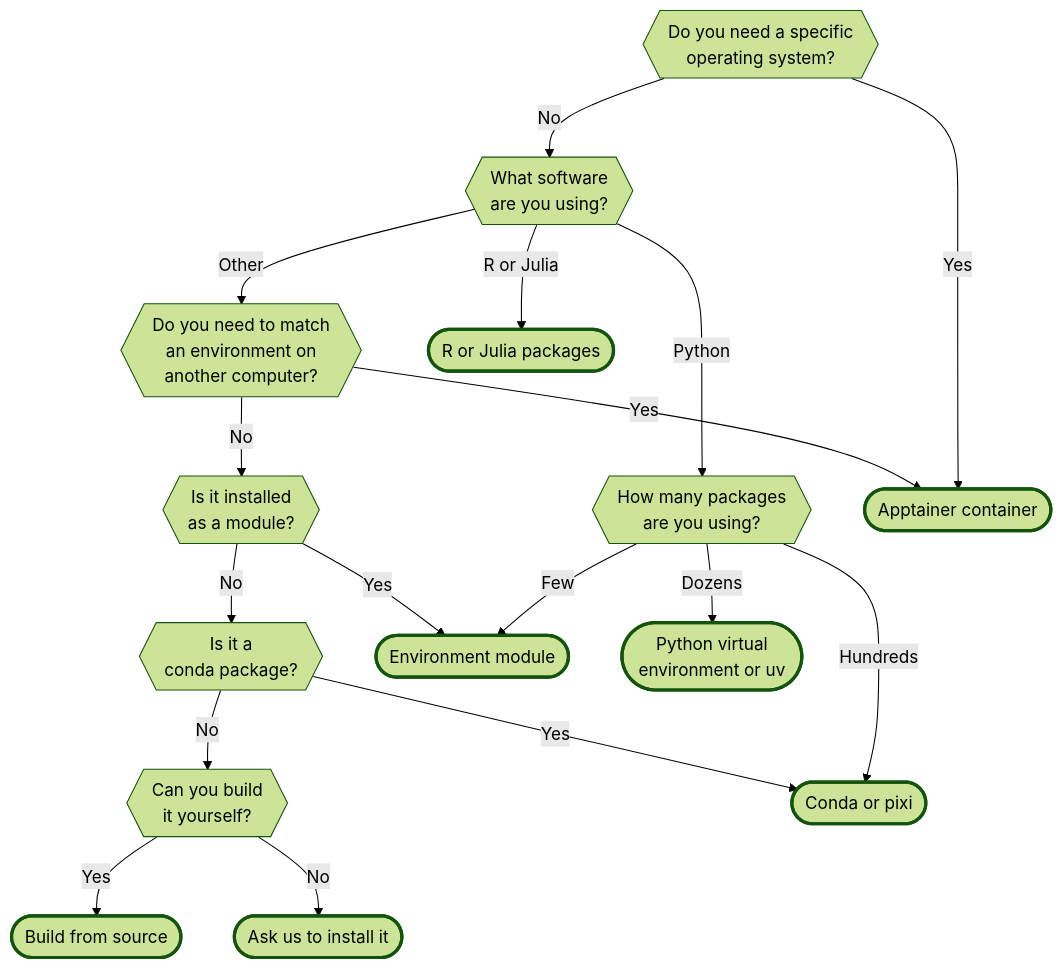
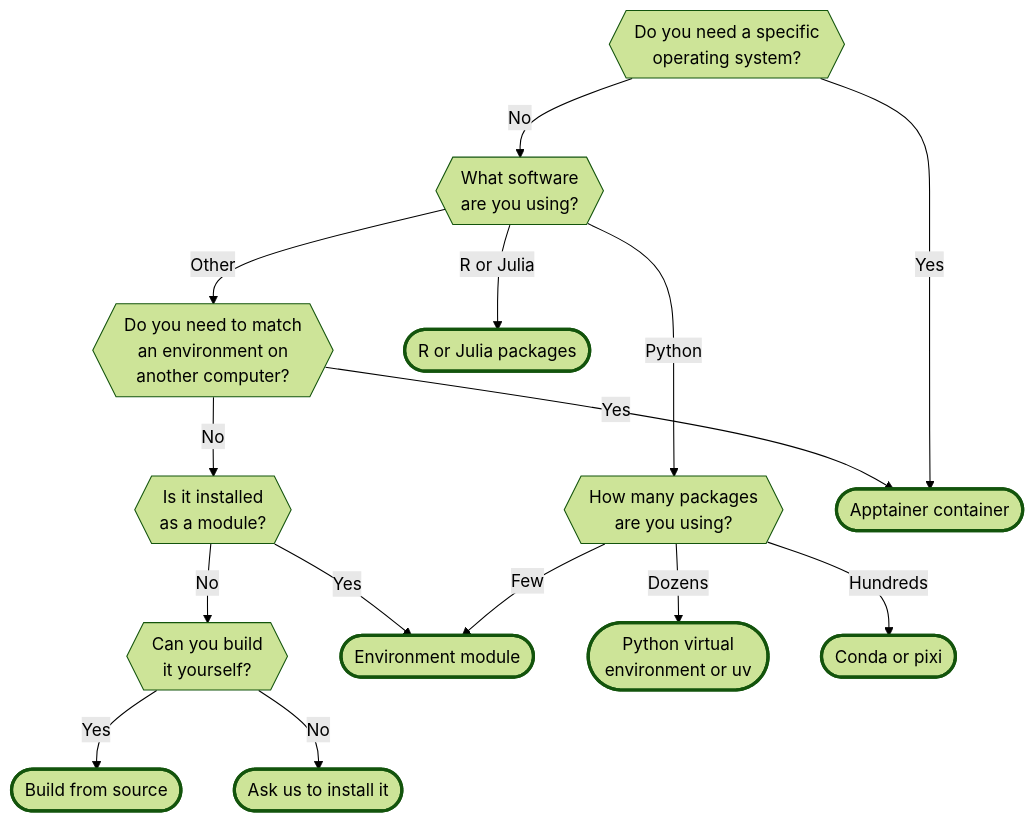
One commit to nesi/support-docs changed the diagram in docs/Software/Reproducible_Software.md. Above: the diagram before and after it, drawn with Mermaid (forest theme). The commit also changed other lines of this file, not shown here.

Commit message:
better layout

````diff
--- a/docs/Software/Reproducible_Software.md
+++ b/docs/Software/Reproducible_Software.md
@@ -18,56 +20,52 @@
 ```mermaid
 flowchart TD
     %% Questions, in the order a reader meets them
     A{{"Do you need a specific<br>operating system?"}}
     B{{"What software<br>are you using?"}}
+    C{{"Do you need to match<br>an environment on<br>another computer?"}}
     D{{"How many packages<br>are you using?"}}
-    C{{"Do you need to match<br>an environment on<br>another computer?"}}
     M{{"Is it installed<br>as a module?"}}
-    K{{"Is it a<br>conda package?"}}
     E{{"Can you build<br>it yourself?"}}
 
     %% Outcomes, named as in the comparison table
     ENVM(["Environment module"])
     VENV(["Python virtual<br>environment or uv"])
     CONDA(["Conda or pixi"])
     RJ(["R or Julia packages"])
     CON(["Apptainer container"])
     BLD(["Build from source"])
     REQ(["Ask us to install it"])
 
     %% Edge order sets the layout: keep "Other" first, Python second
     A -- "No" --> B
 
     B -- "Other" --> C
     B -- "Python" --> D
     B -- "R or Julia" --> RJ
 
     C -- "Yes" --> CON
     C -- "No" --> M
 
     M -- "Yes" --> ENVM
-    M -- "No" --> K
-
-    K -- "Yes" --> CONDA
-    K -- "No" --> E
+    M -- "No" --> E
 
     E -- "Yes" --> BLD
     E -- "No" --> REQ
 
     D -- "Few" --> ENVM
     D -- "Dozens" --> VENV
     D -- "Hundreds" --> CONDA
 
     A -- "Yes" --> CON
 
     classDef outcome stroke-width:3px
     class ENVM,VENV,CONDA,RJ,CON,BLD,REQ outcome
 
     click ENVM "#environment-modules"
     click VENV "#python-packages"
     click CONDA "#conda-environments"
     click RJ "#r-and-julia-packages"
     click CON "#apptainer-containers"
     click BLD "#build-from-source"
     click REQ "#build-from-source"
 ```
````
